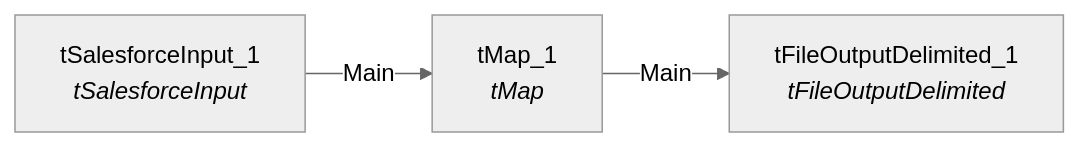
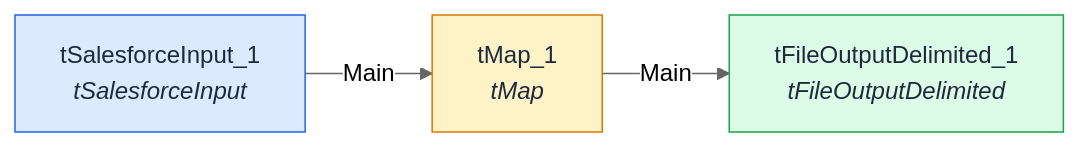
One commit to cocop10/test-talend-docs changed the diagram in docs/jobs/crm-export-prospects.md. Above: the diagram before and after it, drawn with Mermaid (neutral theme). The commit also changed 19 other files, not shown here.

````diff
--- a/docs/jobs/crm-export-prospects.md
+++ b/docs/jobs/crm-export-prospects.md
@@ -28,8 +28,14 @@
 ```mermaid
 flowchart LR
     tSalesforceInput_1["tSalesforceInput_1<br/><i>tSalesforceInput</i>"]
     tMap_1["tMap_1<br/><i>tMap</i>"]
     tFileOutputDelimited_1["tFileOutputDelimited_1<br/><i>tFileOutputDelimited</i>"]
     tSalesforceInput_1 -->|Main| tMap_1
     tMap_1 -->|Main| tFileOutputDelimited_1
+    classDef source fill:#DBEAFE,stroke:#2563EB,stroke-width:1px,color:#1e293b;
+    class tSalesforceInput_1 source;
+    classDef transform fill:#FEF3C7,stroke:#D97706,stroke-width:1px,color:#1e293b;
+    class tMap_1 transform;
+    classDef target fill:#DCFCE7,stroke:#16A34A,stroke-width:1px,color:#1e293b;
+    class tFileOutputDelimited_1 target;
 ```
````
